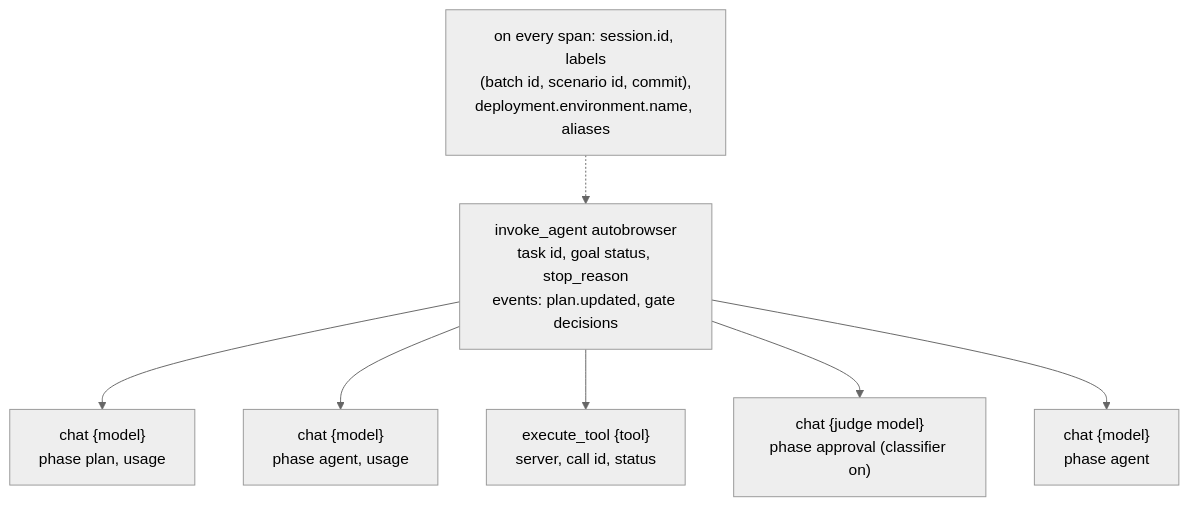
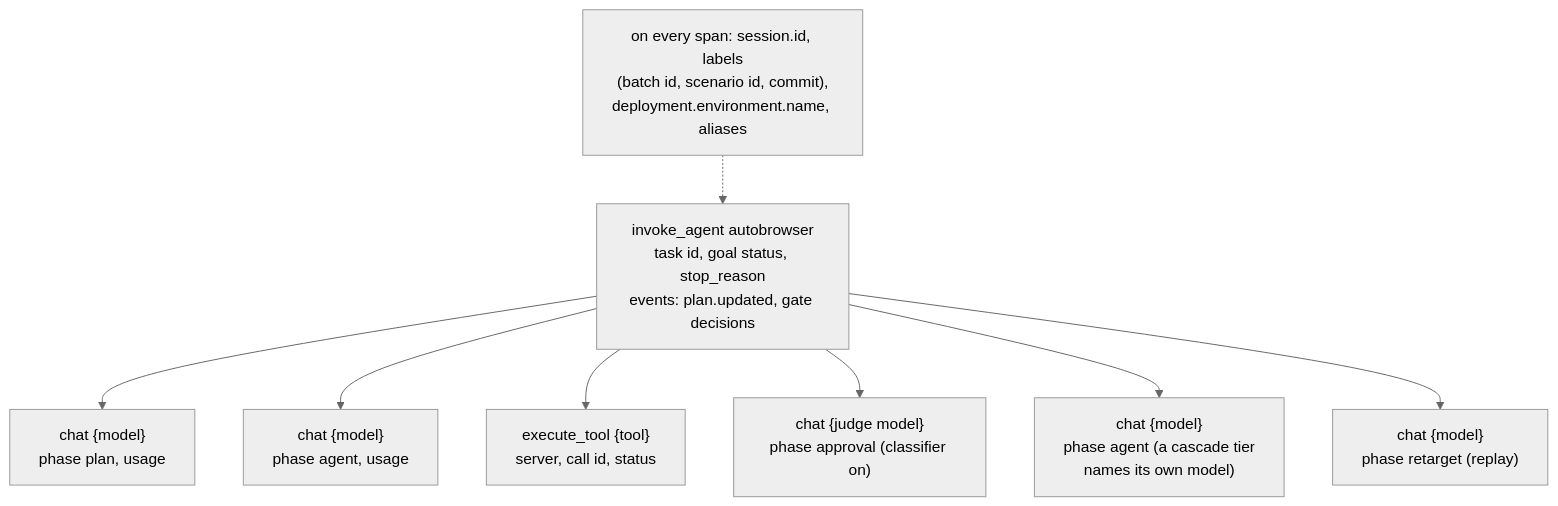
The second of 2 diagrams in docs/diagrams/trace-export.md (Hastur456/AutoBrowser), drawn with Mermaid (neutral theme) before and after one commit. The commit also changed 11 other files, not shown here.

First line of the commit message:
docs(diagrams): fix broken Mermaid diagrams and redraw the tangled ones

````diff
--- a/docs/diagrams/trace-export.md
+++ b/docs/diagrams/trace-export.md
@@ -31,11 +31,12 @@
 ```mermaid
 flowchart TD
   Root["invoke_agent autobrowser<br/>task id, goal status, stop_reason<br/>events: plan.updated, gate decisions"]
   Root --> Plan["chat {model}<br/>phase plan, usage"]
   Root --> Agent1["chat {model}<br/>phase agent, usage"]
   Root --> Tool1["execute_tool {tool}<br/>server, call id, status"]
   Root --> Judge["chat {judge model}<br/>phase approval (classifier on)"]
-  Root --> Agent2["chat {model}<br/>phase agent"]
+  Root --> Agent2["chat {model}<br/>phase agent (a cascade tier<br/>names its own model)"]
+  Root --> Retarget["chat {model}<br/>phase retarget (replay)"]
   Common["on every span: session.id, labels<br/>(batch id, scenario id, commit),<br/>deployment.environment.name, aliases"]
   Common -.-> Root
 ```
````
